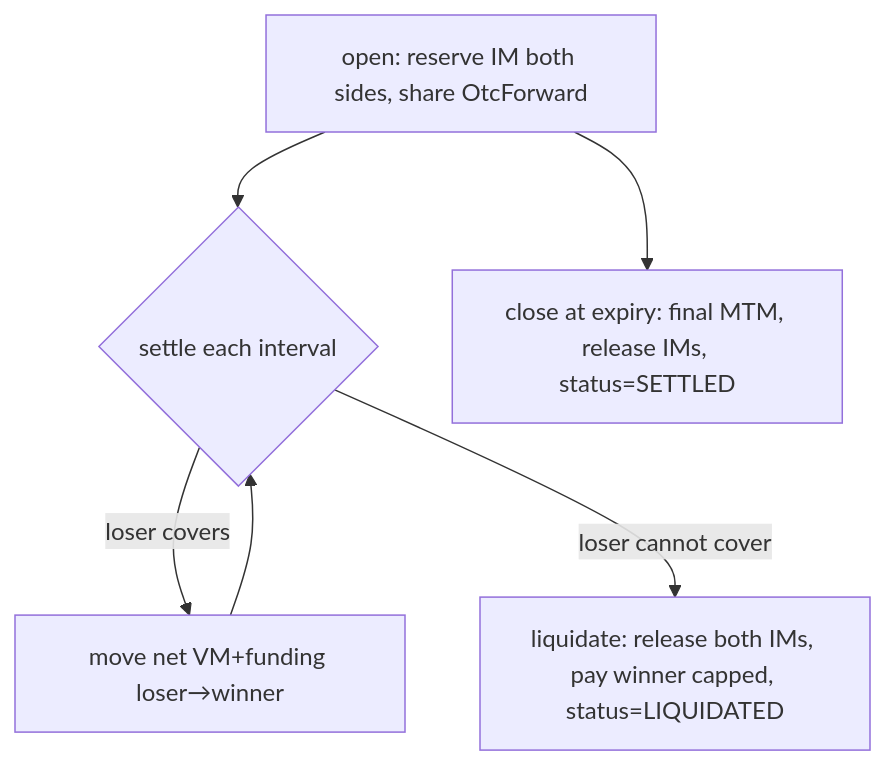
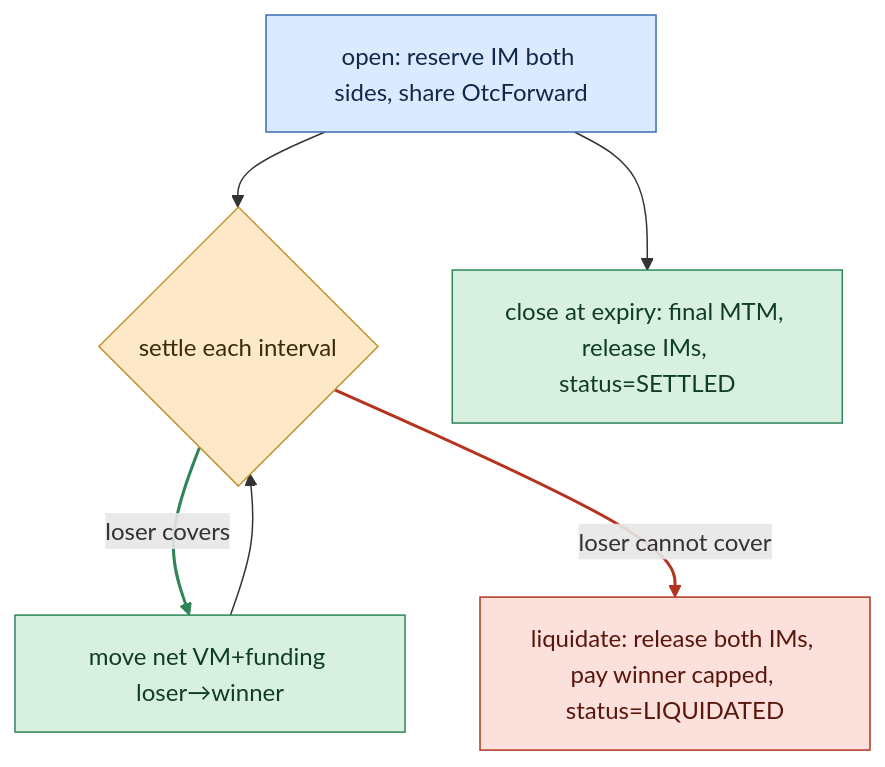
Before and after one commit to fullmetal-finance/fullmetal-sui-demo: the third of 3 diagrams in ARCHITECTURE.md, drawn with Mermaid. The commit also changed other lines of this file and 3 other files, not shown here.

````diff
--- a/ARCHITECTURE.md
+++ b/ARCHITECTURE.md
@@ -254,7 +276,18 @@
 ```mermaid
 flowchart TD
     O[open: reserve IM both sides, share OtcForward] --> S
     S{settle each interval} -->|loser covers| V[move net VM+funding loser→winner] --> S
     S -->|loser cannot cover| L[liquidate: release both IMs, pay winner capped, status=LIQUIDATED]
     O --> C[close at expiry: final MTM, release IMs, status=SETTLED]
+
+    classDef open fill:#dbeafe,stroke:#3b6db5,color:#13294b;
+    classDef decision fill:#fde9c8,stroke:#c4912f,color:#3d2a07;
+    classDef good fill:#d8f0e0,stroke:#2f8559,color:#0f3d28;
+    classDef bad fill:#fbe0db,stroke:#b4341f,color:#5a160c;
+    class O open
+    class S decision
+    class V,C good
+    class L bad
+    linkStyle 1 stroke:#2f8559,stroke-width:2px
+    linkStyle 3 stroke:#b4341f,stroke-width:2px
 ```
````
